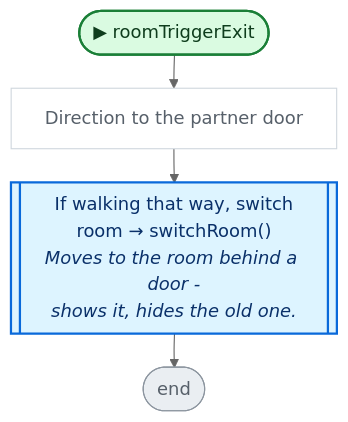
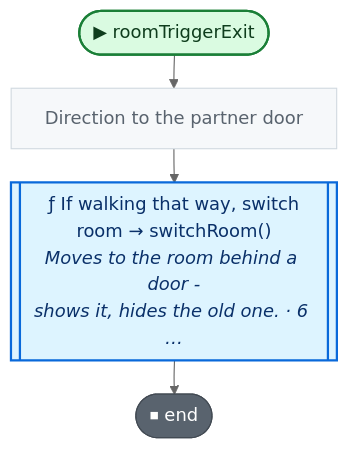
One commit to nataiai/Lord-of-the-Dungeon changed the third of 5 diagrams in CodeGraph~/graph/Map/DungeonMap.cs.md. Above: the diagram before and after it, drawn with Mermaid (neutral theme). The commit also changed other lines of this file and 57 other files, not shown here.

````diff
--- a/CodeGraph~/graph/Map/DungeonMap.cs.md
+++ b/CodeGraph~/graph/Map/DungeonMap.cs.md
@@ -121,35 +123,35 @@
 ```mermaid
 ---
 config:
   flowchart:
     wrappingWidth: 260
     nodeSpacing: 26
     rankSpacing: 30
 ---
 flowchart TD
   nS(["▶ roomTriggerExit"])
   n9424b1["Direction to the partner door"]
-  n909d77[["If walking that way, switch<br>room → switchRoom()<br><i>Moves to the room behind a door -</i><br><i>shows it, hides the old one.</i>"]]
-  nE(["end"])
+  n909d77[["ƒ If walking that way, switch<br>room → switchRoom()<br><i>Moves to the room behind a door -</i><br><i>shows it, hides the old one. · 6 …</i>"]]
+  nE(["⏹ end"])
   nS --> n9424b1
   n9424b1 --> n909d77
   n909d77 --> nE
   classDef unity fill:#dafbe1,stroke:#1a7f37,stroke-width:2px,color:#0f3d1d
   classDef start fill:#dafbe1,stroke:#1a7f37,stroke-width:2px,color:#0f3d1d
-  classDef calc fill:#ffffff,stroke:#d0d7de,color:#57606a
+  classDef calc fill:#f6f8fa,stroke:#d1d9e0,color:#59636e
   classDef calls fill:#ddf4ff,stroke:#0969da,stroke-width:2px,color:#0a3069
-  classDef ext fill:#ddf4ff,stroke:#0969da,stroke-width:2px,stroke-dasharray:5 3,color:#0a3069
-  classDef cond fill:#fff8c5,stroke:#bf8700,stroke-width:1.5px,color:#3d2a00
-  classDef loop fill:#f6f8fa,stroke:#57606a,color:#1f2328
-  classDef exit fill:#ffebe9,stroke:#cf222e,color:#82071e
+  classDef ext fill:#f6f8fa,stroke:#59636e,stroke-width:1.5px,stroke-dasharray:5 5,color:#1f2328
+  classDef cond fill:#fff8c5,stroke:#9a6700,stroke-width:1.5px,color:#3d2a00
+  classDef loop fill:#fff8c5,stroke:#9a6700,color:#3d2a00
+  classDef wait fill:#fff8c5,stroke:#9a6700,color:#3d2a00
+  classDef exit fill:#59636e,stroke:#424a53,color:#ffffff
+  classDef fin fill:#59636e,stroke:#424a53,color:#ffffff
+  classDef act fill:#ffffff,stroke:#59636e,stroke-width:1.5px,color:#1f2328
   classDef kill fill:#ffebe9,stroke:#cf222e,stroke-width:2px,color:#82071e
-  classDef spawn fill:#dafbe1,stroke:#1a7f37,stroke-width:2px,color:#0f3d1d
-  classDef wait fill:#fff1e5,stroke:#bc4c00,color:#4d1d00
-  classDef fin fill:#eaeef2,stroke:#8c959f,color:#57606a
   classDef join fill:#d0d7de,stroke:#8c959f,color:#57606a
   classDef ghdr fill:#f5f9ff,stroke:#f5f9ff,color:#0a3069,font-weight:bold
   class n9424b1 calc
   class n909d77 calls
   class nE fin
   class nS start
 ```
````
